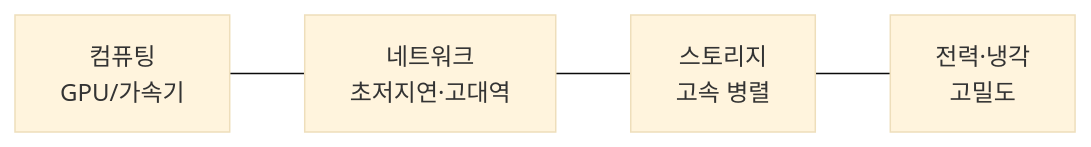
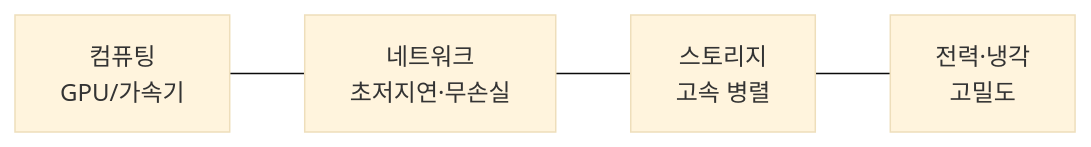
One commit to coninggu/wjdqhrhksflrltnftk changed the diagram in content/ai-datacenter.md. Above: the diagram before and after it, drawn with Mermaid (base theme). The commit also changed other lines of this file and 8 other files, not shown here.

````diff
--- a/content/ai-datacenter.md
+++ b/content/ai-datacenter.md
@@ -14,6 +13,6 @@
 ```mermaid
 flowchart LR
-  C[컴퓨팅<br/>GPU/가속기] --- N[네트워크<br/>초저지연·고대역]
+  C[컴퓨팅<br/>GPU/가속기] --- N[네트워크<br/>초저지연·무손실]
   N --- S[스토리지<br/>고속 병렬]
   S --- P[전력·냉각<br/>고밀도]
 ```
````
